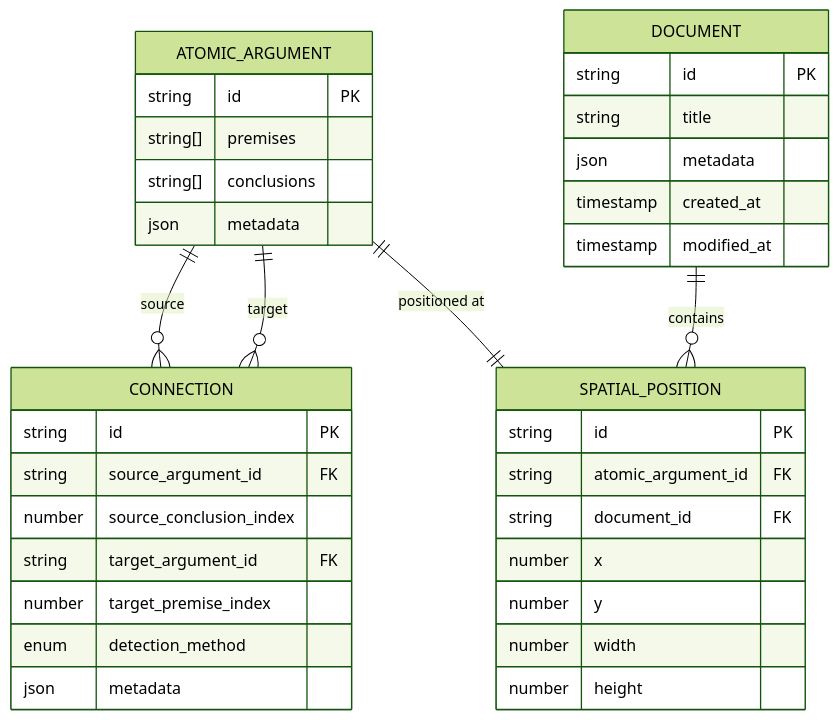
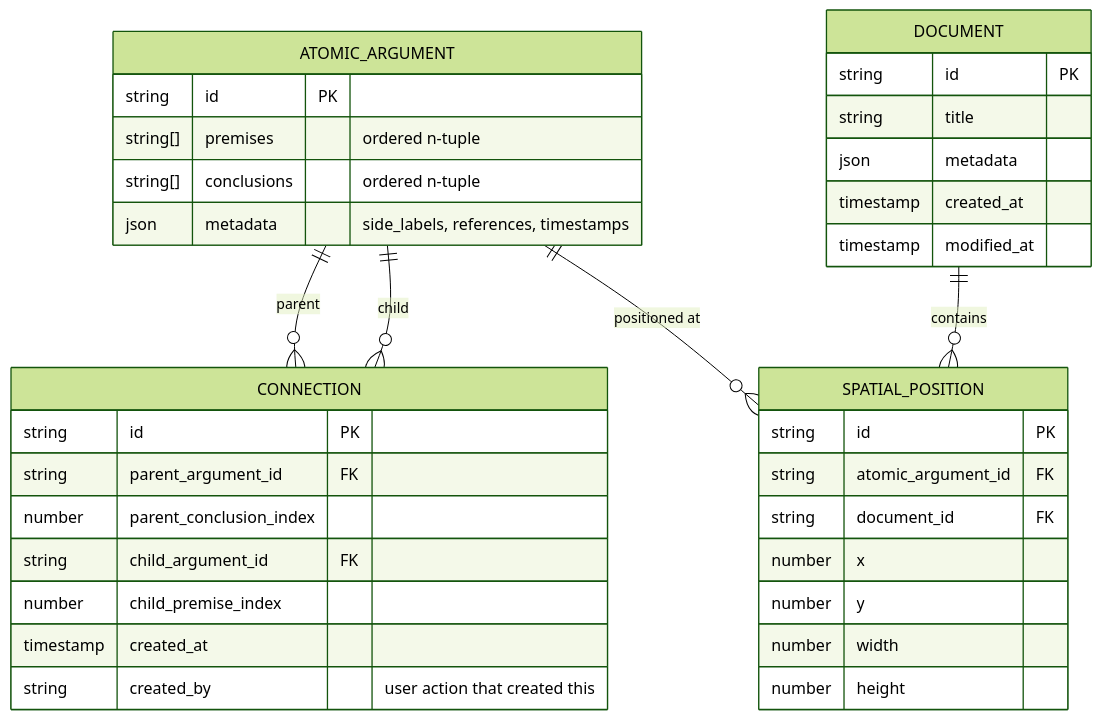
Before and after one commit to nate123456/proof-editor: the first of 2 diagrams in docs/08-technical-design/conceptual-data-model.md, drawn with Mermaid (forest theme). The commit also changed other lines of this file and 12 other files, not shown here.

````diff
--- a/docs/08-technical-design/conceptual-data-model.md
+++ b/docs/08-technical-design/conceptual-data-model.md
@@ -18,42 +15,42 @@
 ```mermaid
 erDiagram
     ATOMIC_ARGUMENT {
         string id PK
-        string[] premises
-        string[] conclusions
-        json metadata
+        string[] premises "ordered n-tuple"
+        string[] conclusions "ordered n-tuple"
+        json metadata "side_labels, references, timestamps"
+    }
+    
+    CONNECTION {
+        string id PK
+        string parent_argument_id FK
+        number parent_conclusion_index
+        string child_argument_id FK
+        number child_premise_index
+        timestamp created_at
+        string created_by "user action that created this"
     }
     
     DOCUMENT {
         string id PK
         string title
         json metadata
         timestamp created_at
         timestamp modified_at
     }
     
     SPATIAL_POSITION {
         string id PK
         string atomic_argument_id FK
         string document_id FK
         number x
         number y
         number width
         number height
     }
     
-    CONNECTION {
-        string id PK
-        string source_argument_id FK
-        number source_conclusion_index
-        string target_argument_id FK
-        number target_premise_index
-        enum detection_method
-        json metadata
-    }
-    
-    ATOMIC_ARGUMENT ||--o{ CONNECTION : "source"
-    ATOMIC_ARGUMENT ||--o{ CONNECTION : "target"
-    ATOMIC_ARGUMENT ||--|| SPATIAL_POSITION : "positioned at"
+    ATOMIC_ARGUMENT ||--o{ CONNECTION : "parent"
+    ATOMIC_ARGUMENT ||--o{ CONNECTION : "child"
+    ATOMIC_ARGUMENT ||--o{ SPATIAL_POSITION : "positioned at"
     DOCUMENT ||--o{ SPATIAL_POSITION : "contains"
 ```
````
